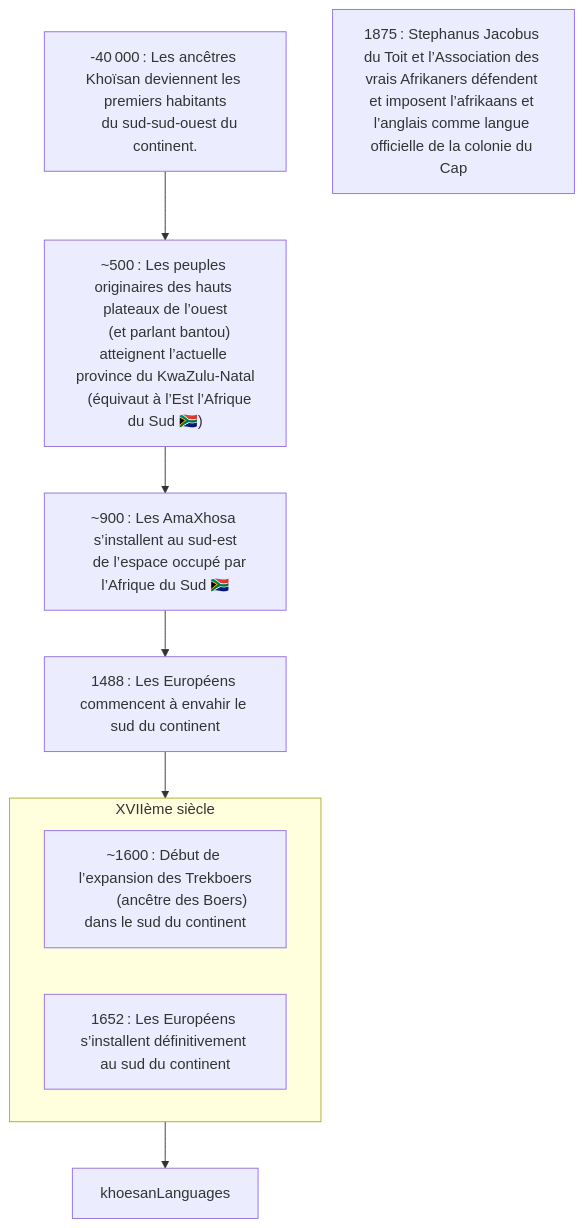
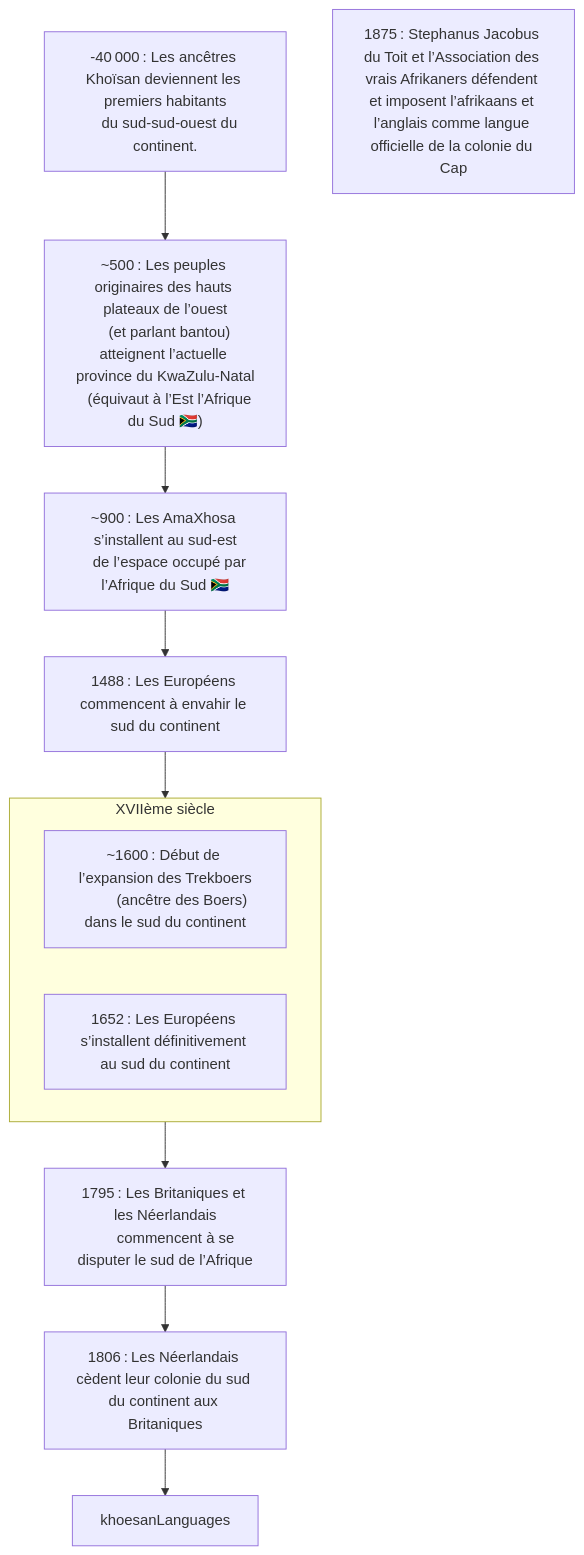
One commit to ba-moun/Ba-Moun-Save changed the diagram in en-cours/langue/afrique/sud/afrikaans.md. Above: the diagram before and after it, drawn with Mermaid. The commit also changed other lines of this file, not shown here.

Commit message:
docs: update en-cours/langue/afrique/sud/afrikaans

````diff
--- a/en-cours/langue/afrique/sud/afrikaans.md
+++ b/en-cours/langue/afrique/sud/afrikaans.md
@@ -25,26 +25,32 @@
 ```mermaid
 flowchart TB
    khoisanArrive["-40 000 : Les ancêtres Khoïsan deviennent les premiers habitants
    du sud-sud-ouest du continent."]
    
    grassland["~500 : Les peuples originaires des hauts plateaux de l’ouest
    (et parlant bantou) atteignent l’actuelle province du KwaZulu-Natal
    (équivaut à l’Est l’Afrique du Sud 🇿🇦)"]
    
    amaXhosa["~900 : Les AmaXhosa s’installent au sud-est
    de l’espace occupé par l’Afrique du Sud 🇿🇦"]
    
    europeanInvasion["1488 : Les Européens commencent à envahir le sud du continent"]
    
    subgraph 17thCentury["XVIIème siècle"]
       boersExpantion["~1600 : Début de l’expansion des Trekboers
          (ancêtre des Boers) dans le sud du continent"]
       
       europeanInvasionNextStep["1652 : Les Européens s’installent définitivement au sud du continent"]
    end
    
+   europeanFightInSouthAfricaBegin["1795 : Les Britaniques et les Néerlandais
+      commencent à se disputer le sud de l’Afrique"]
+   
+   europeanFightInSouthAfricaEnd["1806 : Les Néerlandais cèdent leur colonie du sud du continent aux Britaniques"]
+   
    imposeAfrikaans["1875 : Stephanus Jacobus du Toit et l’Association des vrais Afrikaners défendent et imposent l’afrikaans et l’anglais comme langue officielle de la colonie du Cap"]
       
-   khoisanArrive --> grassland --> amaXhosa --> europeanInvasion --> 17thCentury --> khoesanLanguages
+   khoisanArrive --> grassland --> amaXhosa --> europeanInvasion --> 17thCentury --> europeanFightInSouthAfricaBegin -->
+   europeanFightInSouthAfricaEnd --> khoesanLanguages
    
 ```
````
